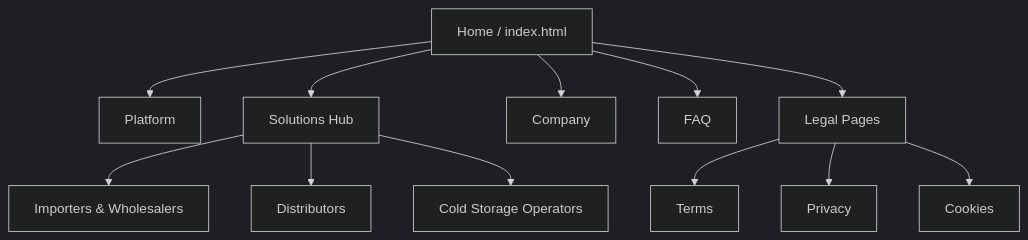
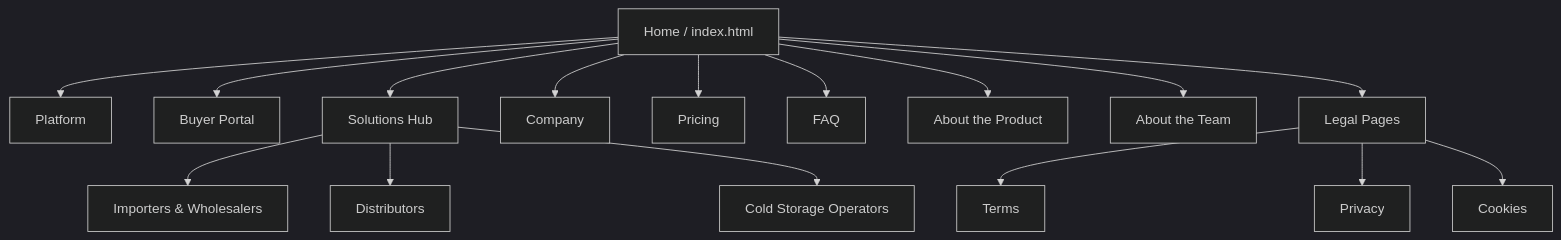
One commit to upc-pre-202610-1asi0729-12010-VulturesD/nexa-report changed the second of 3 diagrams in 40-chapter-4-product-design/4-2-information-architecture.md. Above: the diagram before and after it, drawn with Mermaid (dark theme). The commit also changed other lines of this file and 1 other file, not shown here.

First line of the commit message:
docs(ch4): add 4-2-information-architecture.md to ch4 structure

````diff
--- a/40-chapter-4-product-design/4-2-information-architecture.md
+++ b/40-chapter-4-product-design/4-2-information-architecture.md
@@ -43,16 +51,18 @@
 ```mermaid
 graph TD
     Home["Home / index.html"] --> Platform["Platform"]
+    Home --> BuyerPortal["Buyer Portal"]
     Home --> Solutions["Solutions Hub"]
     Home --> Company["Company"]
+    Home --> Pricing["Pricing"]
     Home --> FAQ["FAQ"]
+    Home --> Product["About the Product"]
+    Home --> Team["About the Team"]
     Home --> Legal["Legal Pages"]
-
     Solutions --> Importers["Importers & Wholesalers"]
     Solutions --> Distributors["Distributors"]
     Solutions --> Storage["Cold Storage Operators"]
-
     Legal --> Terms["Terms"]
     Legal --> Privacy["Privacy"]
     Legal --> Cookies["Cookies"]
 ```
````
